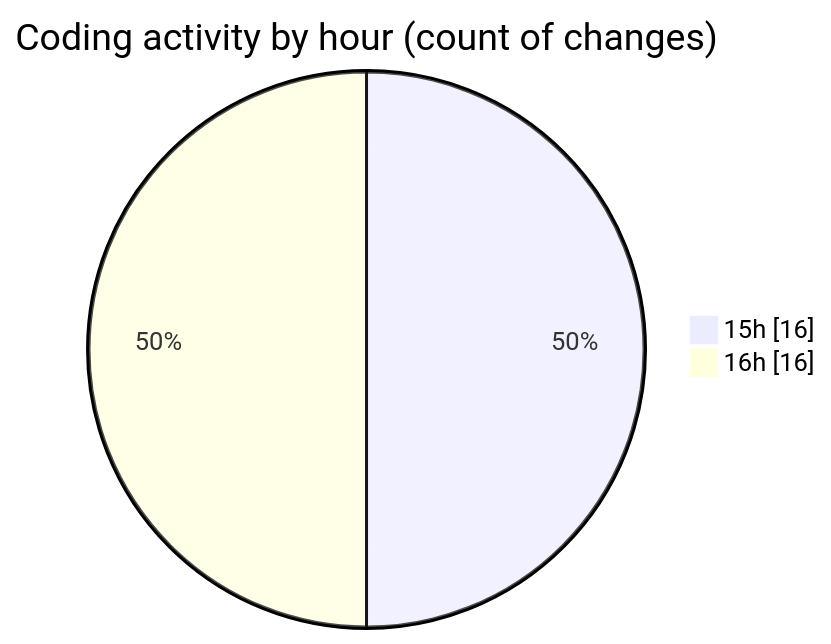
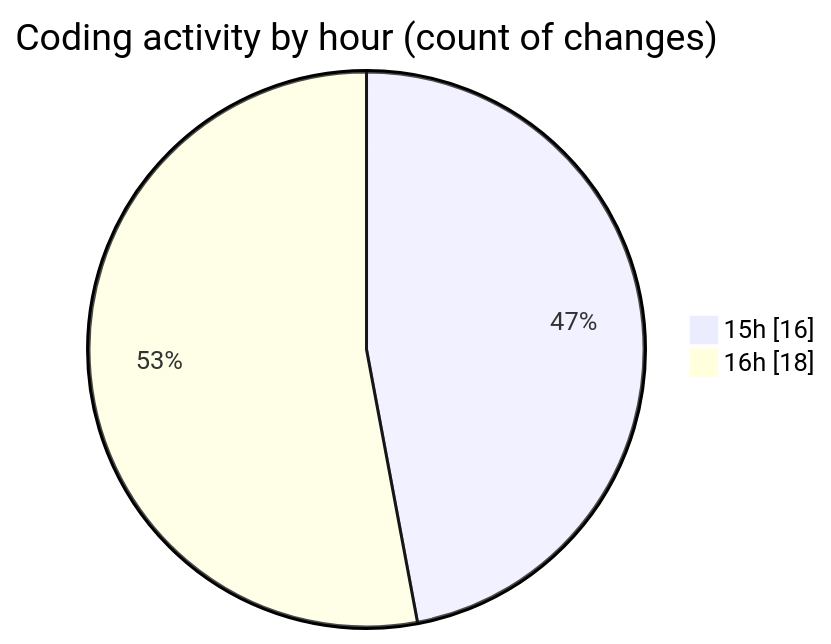
The second of 2 diagrams in 2025-10-01/oura-api/README.md (mevix1/code-tracking), drawn with Mermaid before and after one commit. The commit also changed other lines of this file and 1 other file, not shown here.

````diff
--- a/2025-10-01/oura-api/README.md
+++ b/2025-10-01/oura-api/README.md
@@ -49,6 +51,6 @@
 ```mermaid
 pie showData
 title Coding activity by hour (count of changes)
 "15h" : 16
-"16h" : 16
+"16h" : 18
 ```
````
